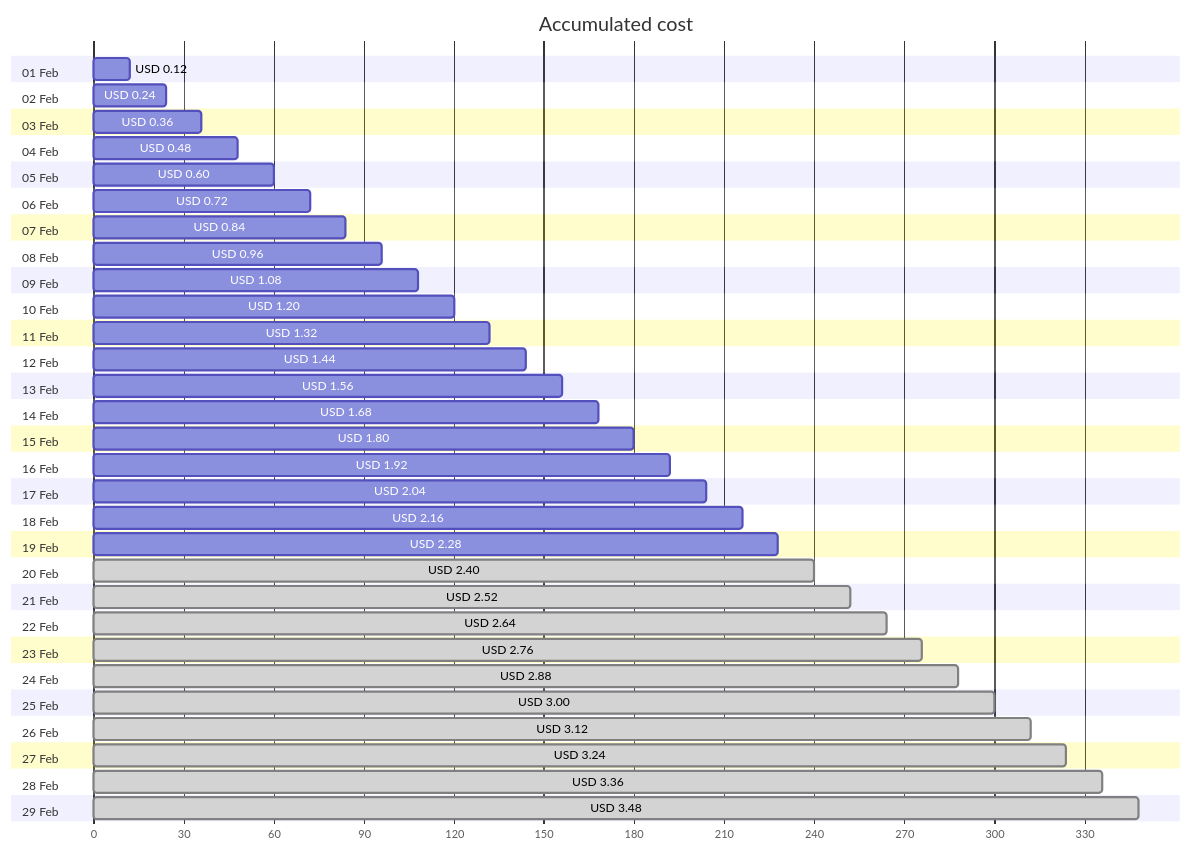
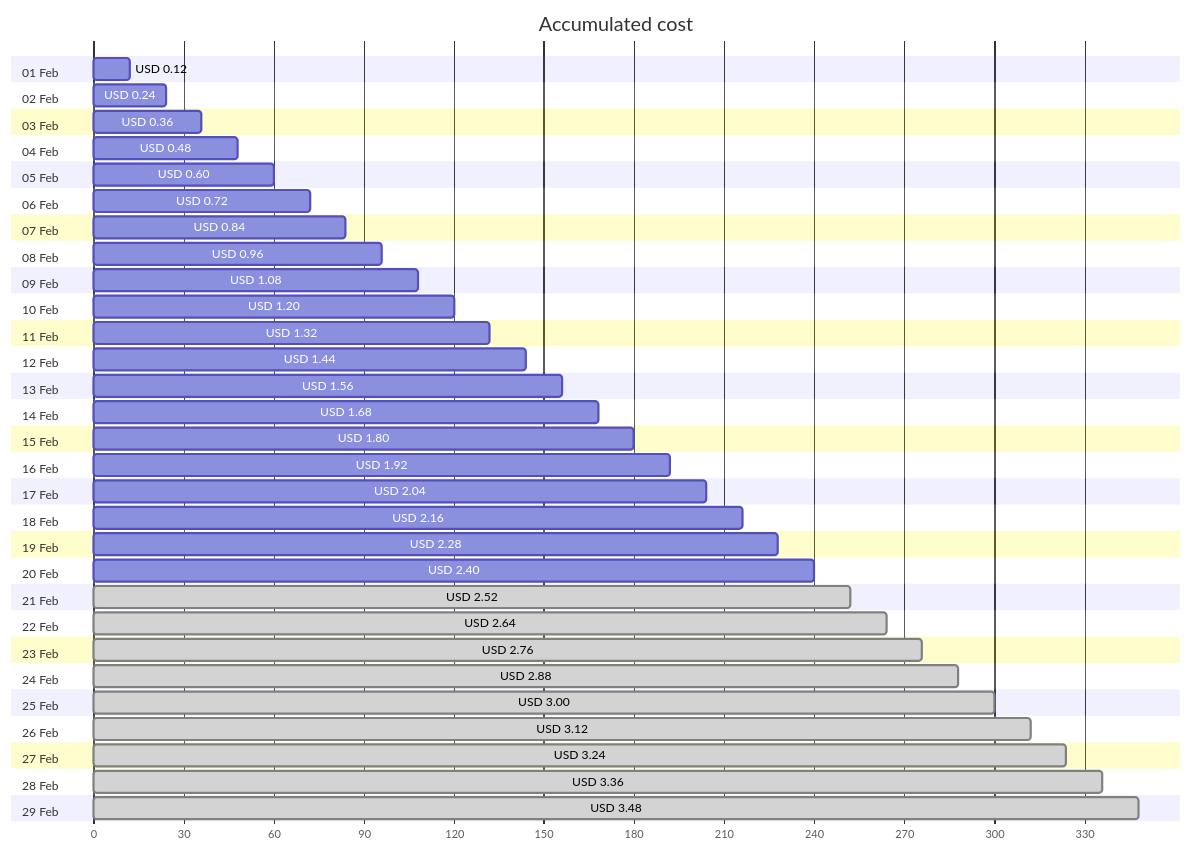
The first of 4 diagrams in cost-reports/personal-network/backup-server-public-ip.md (jpfulton/azure-personal-reports), drawn with Mermaid before and after one commit. The commit also changed other lines of this file and 8 other files, not shown here.

````diff
--- a/cost-reports/personal-network/backup-server-public-ip.md
+++ b/cost-reports/personal-network/backup-server-public-ip.md
@@ -20,64 +20,64 @@
 ```mermaid
 gantt
    title Accumulated cost
    dateFormat  X
    axisFormat %s
    section 01 Feb
    USD 0.12 :0, 12
    section 02 Feb
    USD 0.24 :0, 24
    section 03 Feb
    USD 0.36 :0, 36
    section 04 Feb
    USD 0.48 :0, 48
    section 05 Feb
    USD 0.60 :0, 60
    section 06 Feb
    USD 0.72 :0, 72
    section 07 Feb
    USD 0.84 :0, 84
    section 08 Feb
    USD 0.96 :0, 96
    section 09 Feb
    USD 1.08 :0, 108
    section 10 Feb
    USD 1.20 :0, 120
    section 11 Feb
    USD 1.32 :0, 132
    section 12 Feb
    USD 1.44 :0, 144
    section 13 Feb
    USD 1.56 :0, 156
    section 14 Feb
    USD 1.68 :0, 168
    section 15 Feb
    USD 1.80 :0, 180
    section 16 Feb
    USD 1.92 :0, 192
    section 17 Feb
    USD 2.04 :0, 204
    section 18 Feb
    USD 2.16 :0, 216
    section 19 Feb
    USD 2.28 :0, 228
    section 20 Feb
-   USD 2.40 : done, 0, 240
+   USD 2.40 :0, 240
    section 21 Feb
    USD 2.52 : done, 0, 252
    section 22 Feb
    USD 2.64 : done, 0, 264
    section 23 Feb
    USD 2.76 : done, 0, 276
    section 24 Feb
    USD 2.88 : done, 0, 288
    section 25 Feb
    USD 3.00 : done, 0, 300
    section 26 Feb
    USD 3.12 : done, 0, 312
    section 27 Feb
    USD 3.24 : done, 0, 324
    section 28 Feb
    USD 3.36 : done, 0, 336
    section 29 Feb
    USD 3.48 : done, 0, 348
 ```
````
